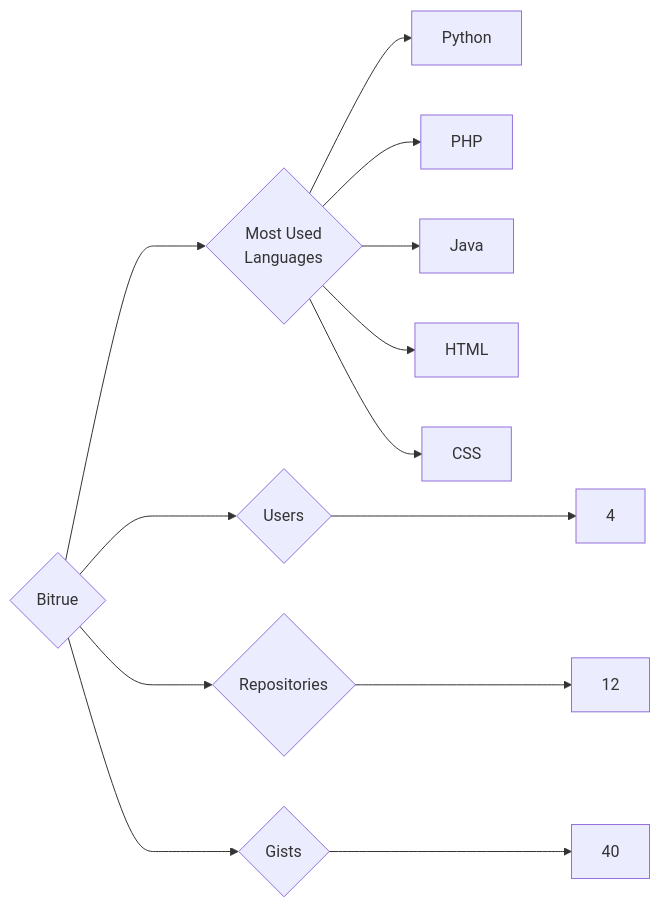
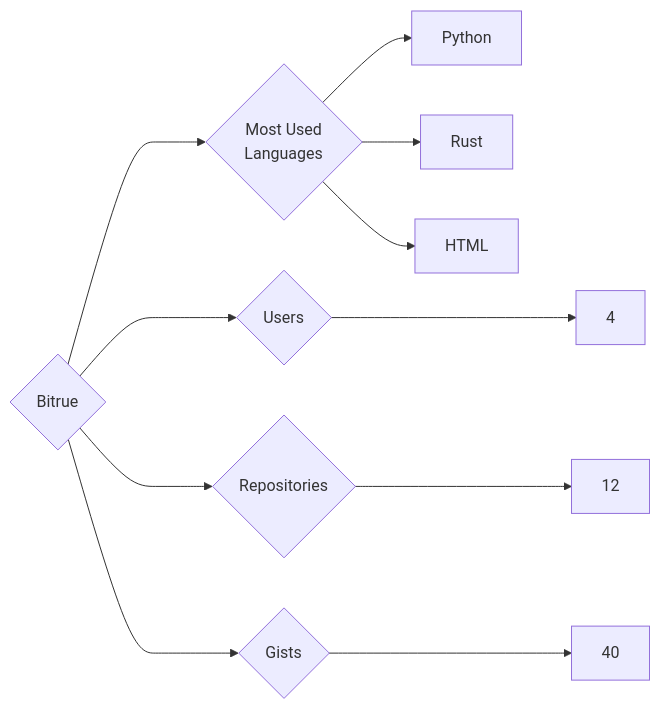
One commit to trickest/insiders changed the diagram in targets/Bitrue/README.md. Above: the diagram before and after it, drawn with Mermaid. The commit also changed 997 other files, not shown here.

````diff
--- a/targets/Bitrue/README.md
+++ b/targets/Bitrue/README.md
@@ -3,13 +3,11 @@
 ```mermaid
 graph LR
 COMPANY_NAME{Bitrue}
 COMPANY_NAME ---> U{Users} ---> UN[4]
 COMPANY_NAME ---> R{Repositories} ---> RN[12]
 COMPANY_NAME ---> G{Gists} ---> GN[40]
 COMPANY_NAME ---> ML{Most Used<br>Languages}
 ML --> Python[Python]
-ML --> PHP[PHP]
-ML --> Java[Java]
+ML --> Rust[Rust]
 ML --> HTML[HTML]
-ML --> CSS[CSS]
 ```
````
